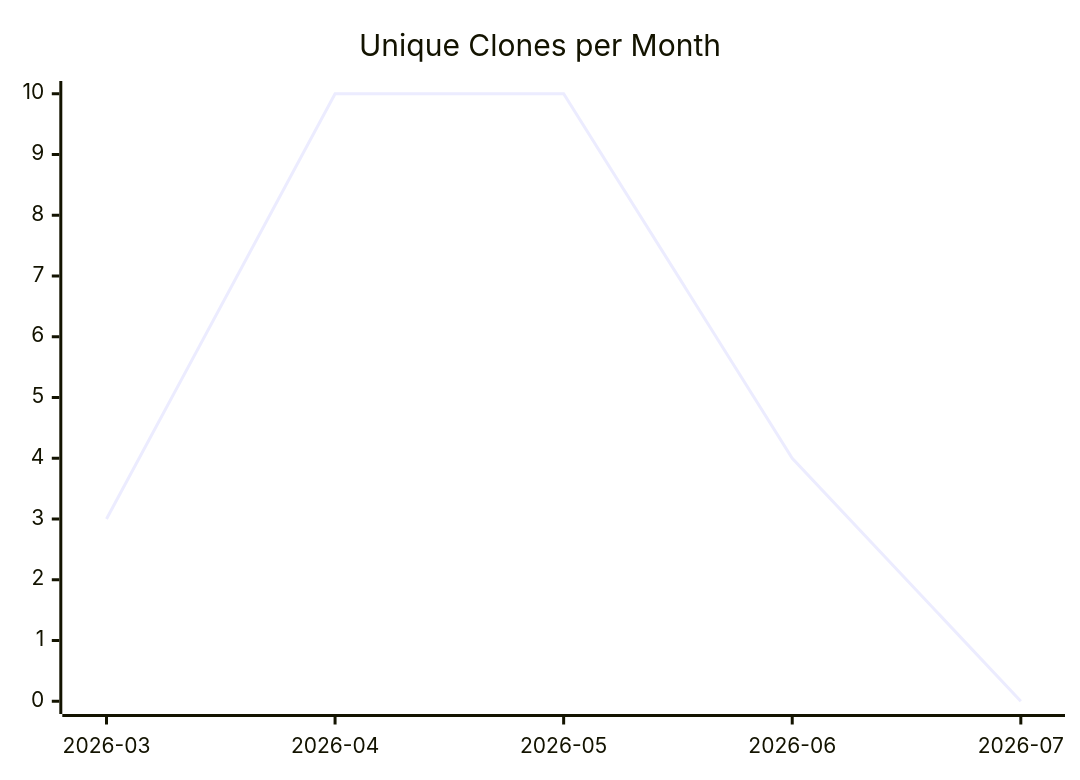
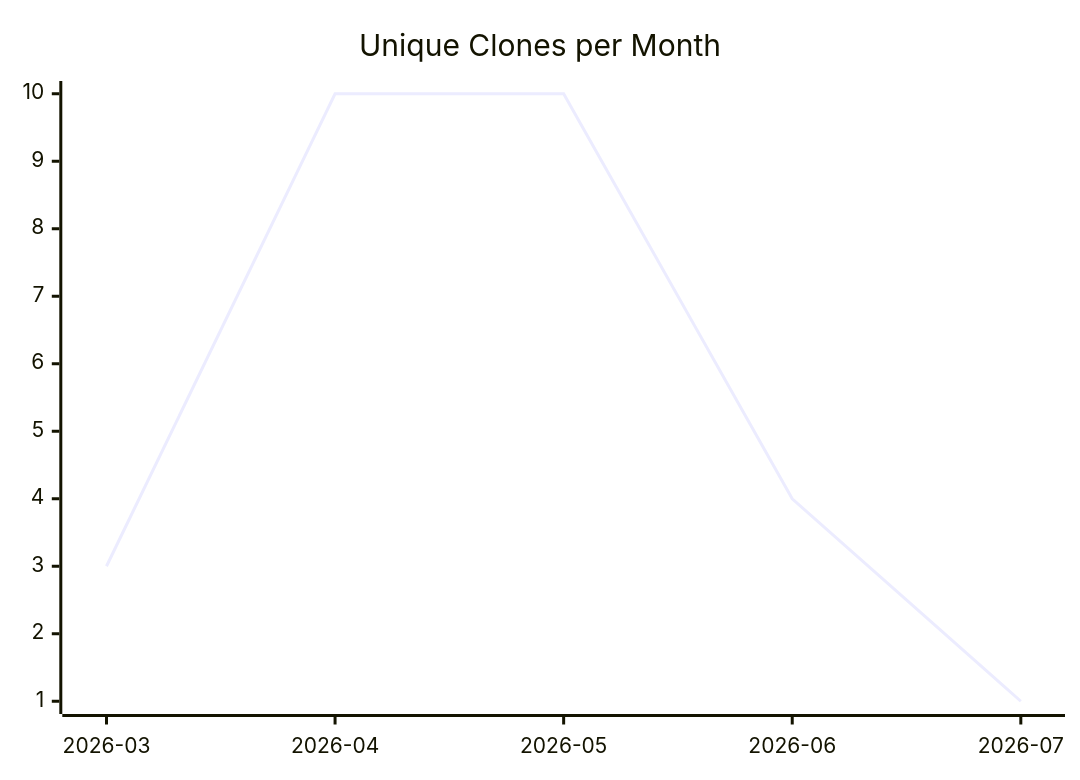
The third of 3 diagrams in karlmdavis/stockfighter-trades-solutions/README.md (justdavis-family/github-analytics-data), drawn with Mermaid before and after one commit. The commit also changed other lines of this file and 180 other files, not shown here.

````diff
--- a/karlmdavis/stockfighter-trades-solutions/README.md
+++ b/karlmdavis/stockfighter-trades-solutions/README.md
@@ -19,6 +19,6 @@
 ```mermaid
 xychart-beta
   title "Unique Clones per Month"
   x-axis ["2026-03", "2026-04", "2026-05", "2026-06", "2026-07"]
-  line [3, 10, 10, 4, 0]
+  line [3, 10, 10, 4, 1]
 ```
````
